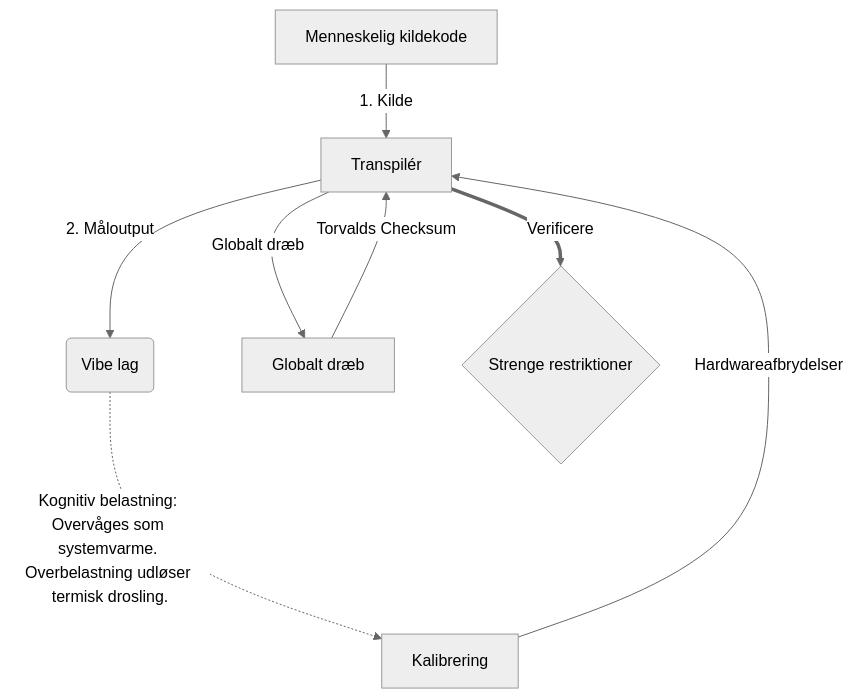
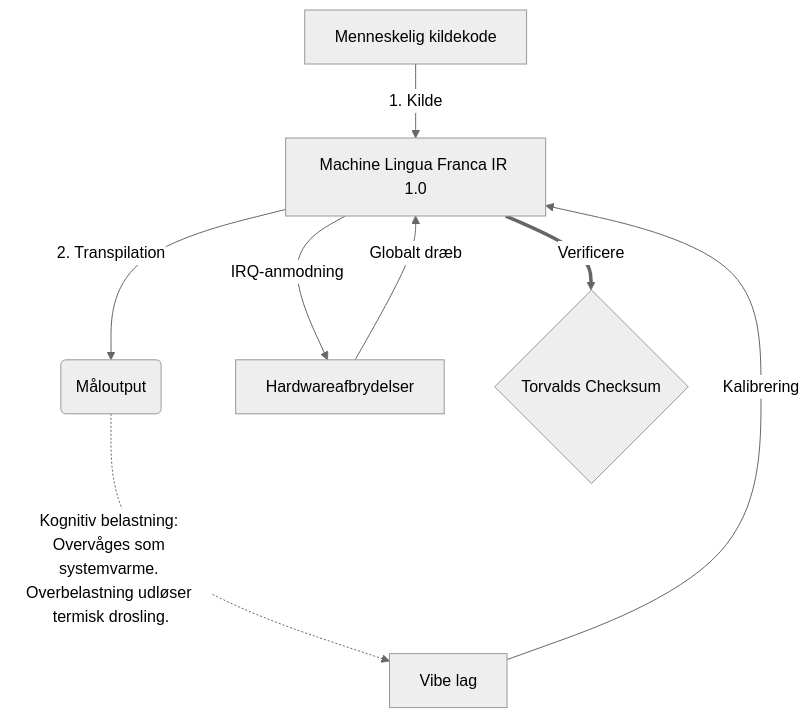
One commit to 0compute/machine changed the diagram in README.hacker.da.md. Above: the diagram before and after it, drawn with Mermaid (neutral theme). The commit also changed other lines of this file and 103 other files, not shown here.

````diff
--- a/README.hacker.da.md
+++ b/README.hacker.da.md
@@ -93,10 +93,10 @@
 ```mermaid
 graph TD
-    A[Menneskelig kildekode] -->|1. Kilde| B[Transpilér]
-    B -->|2. Måloutput| C(Vibe lag)
-    C -.->|Kognitiv belastning: Overvåges som systemvarme. Overbelastning udløser termisk drosling.| G[Kalibrering]
-    G -->|Hardwareafbrydelser| B
-    B -->|Globalt dræb| H[Globalt dræb]
-    H -->|Torvalds Checksum| B
-    B == Verificere ==> I{Strenge restriktioner}
+    A[Menneskelig kildekode] -->|1. Kilde| B[Machine Lingua Franca IR 1.0]
+    B -->|2. Transpilation| C(Måloutput)
+    C -.->|Kognitiv belastning: Overvåges som systemvarme. Overbelastning udløser termisk drosling.| G[Vibe lag]
+    G -->|Kalibrering| B
+    B -->|IRQ-anmodning| H[Hardwareafbrydelser]
+    H -->|Globalt dræb| B
+    B == Verificere ==> I{Torvalds Checksum}
 ```
````
